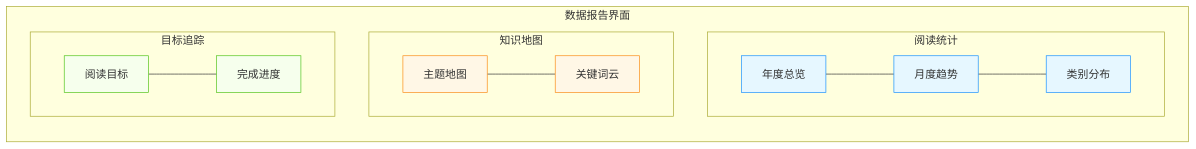
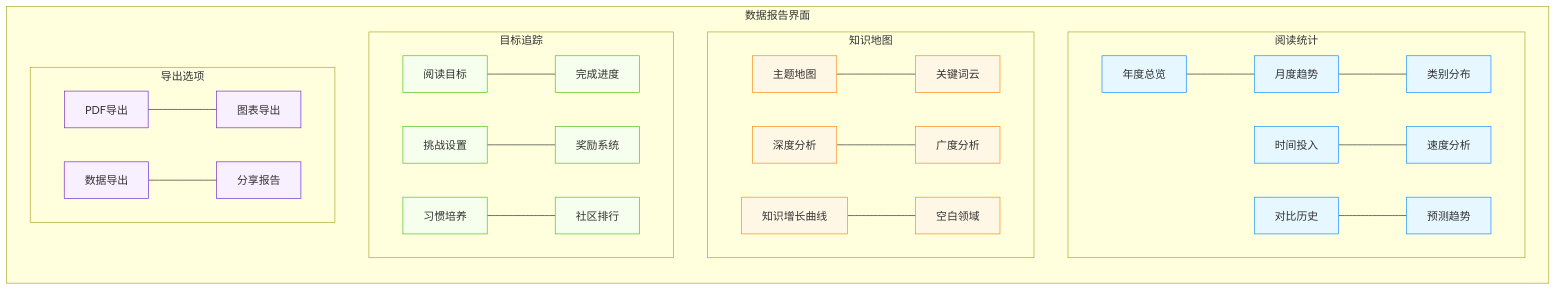
Before and after one commit to EnigmaWU/MyLLM_Arena: diagram 19 of 19 in MyStartups/NextBook/README.md, drawn with Mermaid. The commit also changed other lines of this file, not shown here.

````diff
--- a/MyStartups/NextBook/README.md
+++ b/MyStartups/NextBook/README.md
@@ -655,27 +934,40 @@
 ```mermaid
 graph LR
     subgraph "数据报告界面"
         direction TB
         
         subgraph "阅读统计"
             S1[年度总览] --- S2[月度趋势]
             S2 --- S3[类别分布]
+            S4[时间投入] --- S5[速度分析]
+            S6[对比历史] --- S7[预测趋势]
         end
         
         subgraph "知识地图"
             M1[主题地图] --- M2[关键词云]
+            M3[深度分析] --- M4[广度分析]
+            M5[知识增长曲线] --- M6[空白领域]
         end
         
         subgraph "目标追踪"
             G1[阅读目标] --- G2[完成进度]
+            G3[挑战设置] --- G4[奖励系统]
+            G5[习惯培养] --- G6[社区排行]
+        end
+        
+        subgraph "导出选项"
+            E1[PDF导出] --- E2[图表导出]
+            E3[数据导出] --- E4[分享报告]
         end
     end
     
     classDef stats fill:#e6f7ff,stroke:#1890ff
     classDef map fill:#fff7e6,stroke:#fa8c16
     classDef goals fill:#f6ffed,stroke:#52c41a
+    classDef export fill:#f9f0ff,stroke:#722ed1
     
-    class S1,S2,S3 stats
-    class M1,M2 map
-    class G1,G2 goals
+    class S1,S2,S3,S4,S5,S6,S7 stats
+    class M1,M2,M3,M4,M5,M6 map
+    class G1,G2,G3,G4,G5,G6 goals
+    class E1,E2,E3,E4 export
 ```
````
